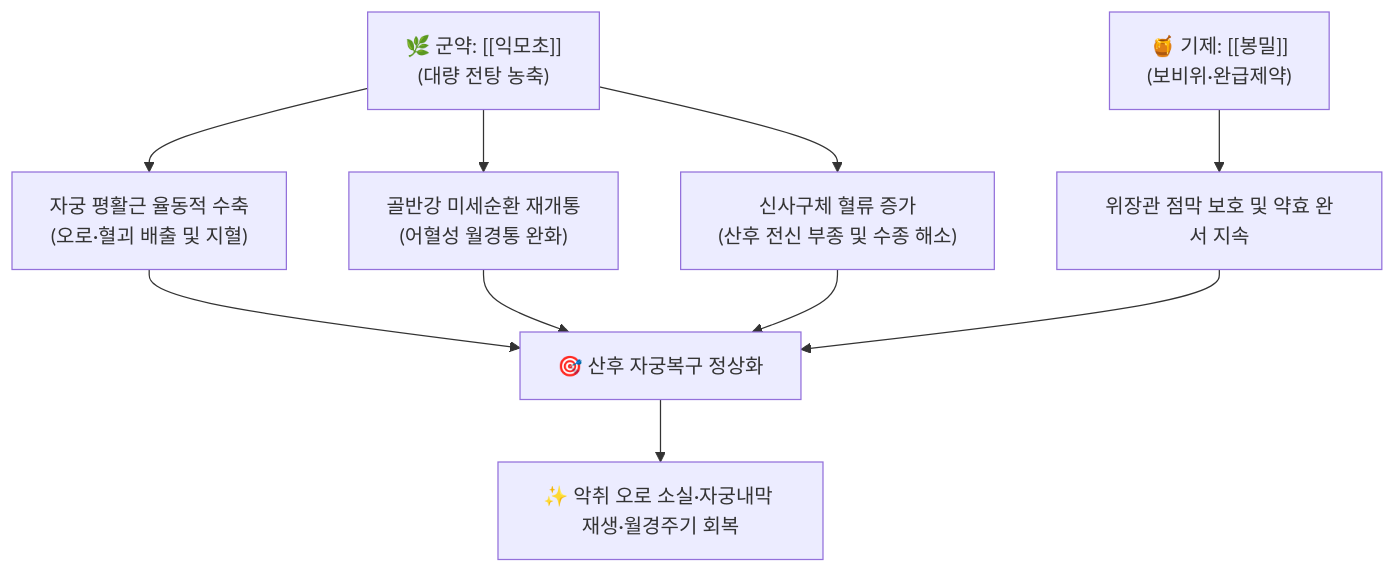
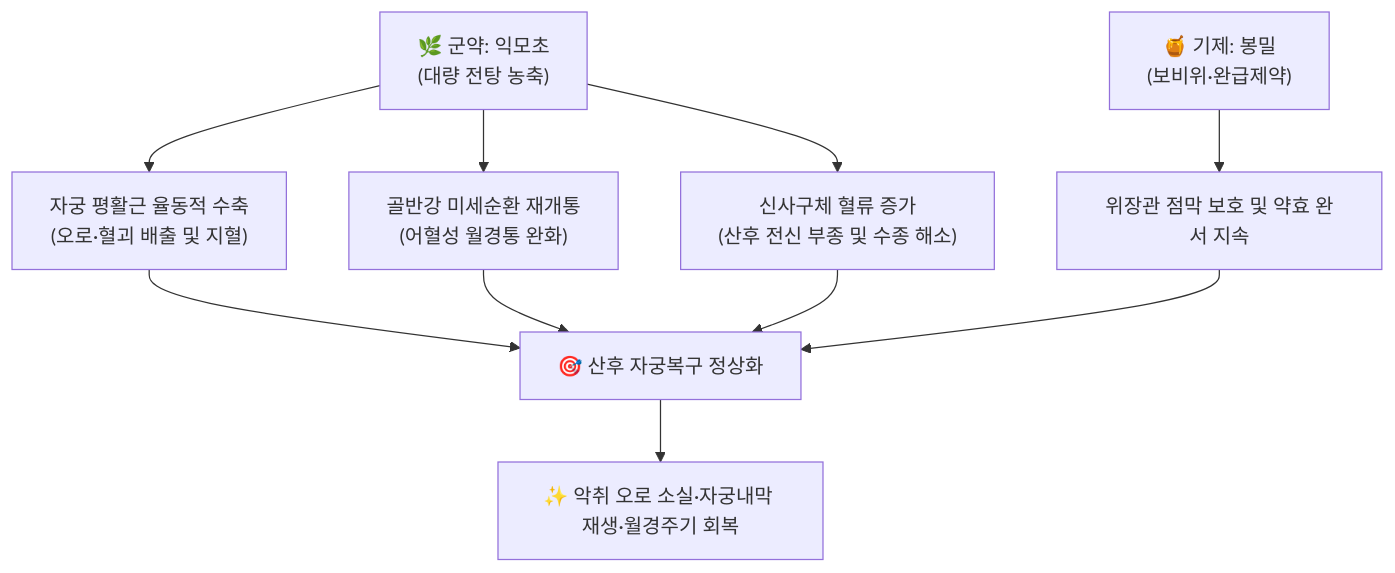
The diagram in content/2. 약리 공부/처방/05_활혈거어·지혈제/익모초고.md (simbio11/simbio-digital-garden2), drawn with Mermaid before and after one commit. The commit also changed other lines of this file and 105 other files, not shown here.

````diff
--- a/content/2. 약리 공부/처방/05_활혈거어·지혈제/익모초고.md
+++ b/content/2. 약리 공부/처방/05_활혈거어·지혈제/익모초고.md
@@ -57,12 +58,12 @@
 ```mermaid
 graph TD
-    Herb["🌿 군약: [[익모초]]<br>(대량 전탕 농축)"] --> A1["자궁 평활근 율동적 수축<br>(오로·혈괴 배출 및 지혈)"]
+    Herb["🌿 군약: 익모초<br>(대량 전탕 농축)"] --> A1["자궁 평활근 율동적 수축<br>(오로·혈괴 배출 및 지혈)"]
     Herb --> A2["골반강 미세순환 재개통<br>(어혈성 월경통 완화)"]
     Herb --> A3["신사구체 혈류 증가<br>(산후 전신 부종 및 수종 해소)"]
-    Base["🍯 기제: [[봉밀]]<br>(보비위·완급제약)"] --> Mod["위장관 점막 보호 및 약효 완서 지속"]
+    Base["🍯 기제: 봉밀<br>(보비위·완급제약)"] --> Mod["위장관 점막 보호 및 약효 완서 지속"]
     A1 --> Target["🎯 산후 자궁복구 정상화"]
     A2 --> Target
     A3 --> Target
     Mod --> Target
     Target --> Outcome["✨ 악취 오로 소실·자궁내막 재생·월경주기 회복"]
 ```
````
